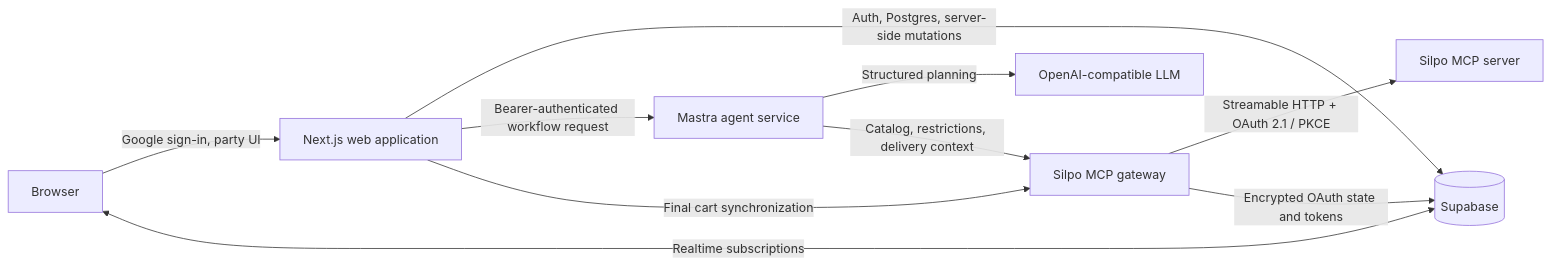
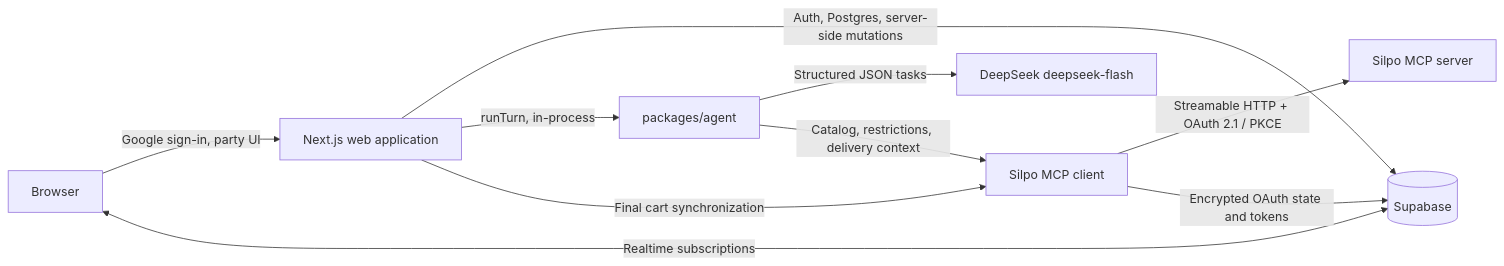
One commit to partum55/silpo_party changed the diagram in README.md. Above: the diagram before and after it, drawn with Mermaid. The commit also changed other lines of this file and 3 other files, not shown here.

````diff
--- a/README.md
+++ b/README.md
@@ -72,12 +73,12 @@
 ```mermaid
 flowchart LR
     U[Browser] -->|Google sign-in, party UI| W[Next.js web application]
     U <-->|Realtime subscriptions| S[(Supabase)]
     W -->|Auth, Postgres, server-side mutations| S
-    W -->|Bearer-authenticated workflow request| A[Mastra agent service]
-    A -->|Structured planning| L[OpenAI-compatible LLM]
-    A -->|Catalog, restrictions, delivery context| G[Silpo MCP gateway]
+    W -->|runTurn, in-process| A[packages/agent]
+    A -->|Structured JSON tasks| L[DeepSeek deepseek-flash]
+    A -->|Catalog, restrictions, delivery context| G[Silpo MCP client]
     W -->|Final cart synchronization| G
     G -->|Streamable HTTP + OAuth 2.1 / PKCE| M[Silpo MCP server]
     G -->|Encrypted OAuth state and tokens| S
 ```
````
